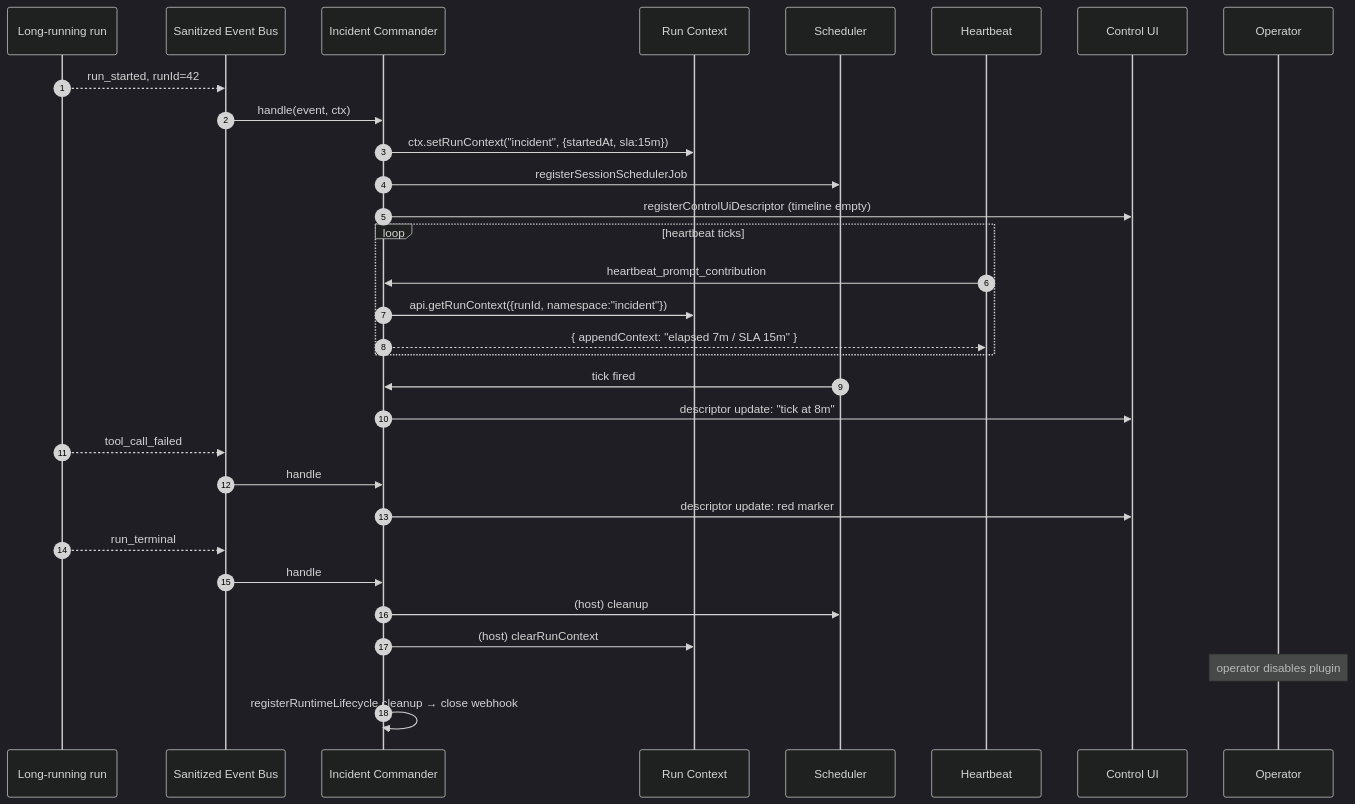
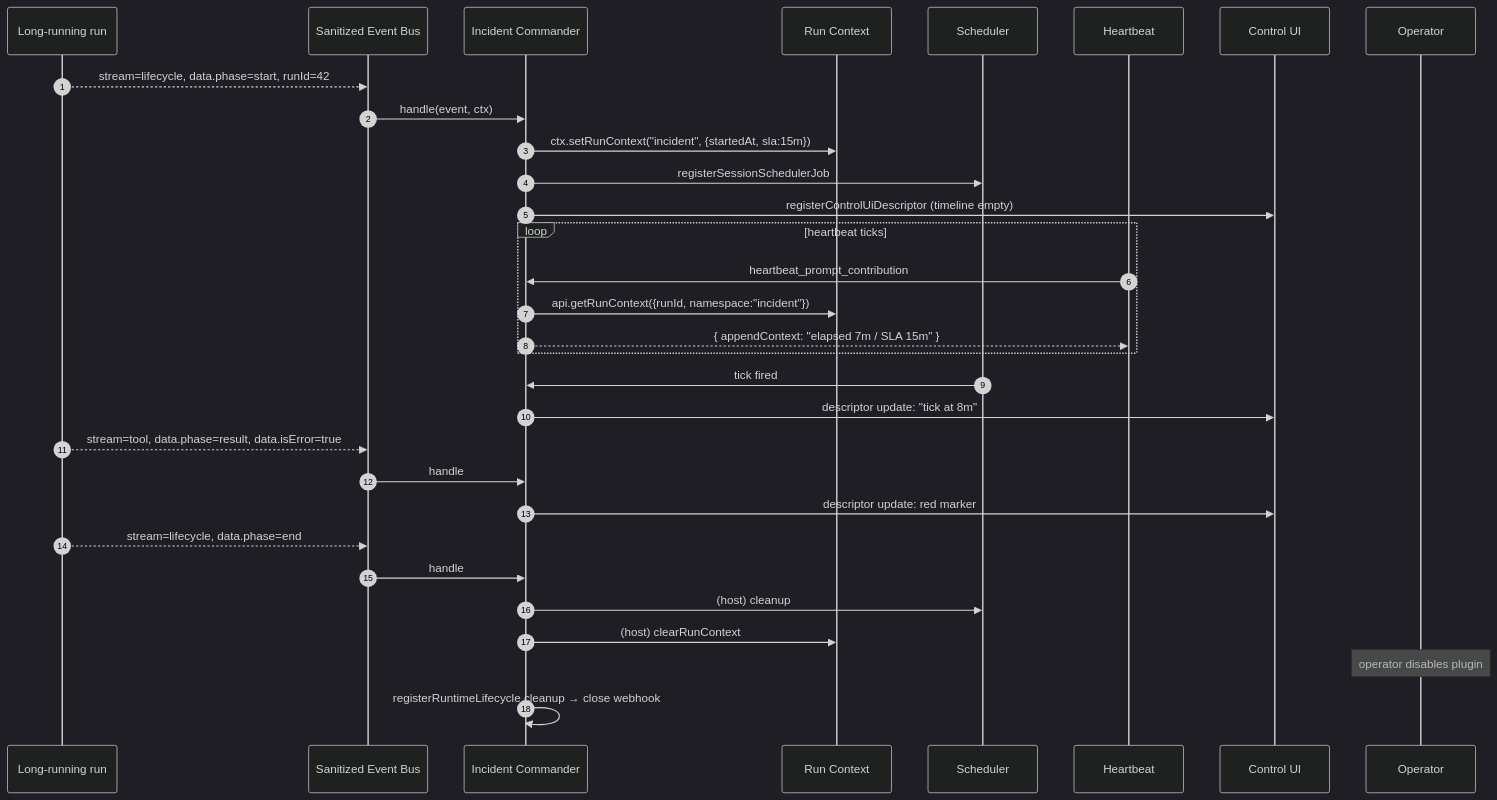
Before and after one commit to openclaw/openclaw: diagram 20 of 23 in docs/plugins/host-hooks-examples.md, drawn with Mermaid (dark theme). The commit also changed other lines of this file, not shown here.

````diff
--- a/docs/plugins/host-hooks-examples.md
+++ b/docs/plugins/host-hooks-examples.md
@@ -1994,38 +2012,38 @@
 ```mermaid
 sequenceDiagram
   autonumber
   participant Run as Long-running run
   participant Ev as Sanitized Event Bus
   participant IC as Incident Commander
   participant Ctx as Run Context
   participant Sched as Scheduler
   participant HB as Heartbeat
   participant UI as Control UI
   participant Op as Operator
 
-  Run-->>Ev: run_started, runId=42
+  Run-->>Ev: stream=lifecycle, data.phase=start, runId=42
   Ev->>IC: handle(event, ctx)
   IC->>Ctx: ctx.setRunContext("incident", {startedAt, sla:15m})
   IC->>Sched: registerSessionSchedulerJob
   IC->>UI: registerControlUiDescriptor (timeline empty)
 
   loop heartbeat ticks
     HB->>IC: heartbeat_prompt_contribution
     IC->>Ctx: api.getRunContext({runId, namespace:"incident"})
     IC-->>HB: { appendContext: "elapsed 7m / SLA 15m" }
   end
 
   Sched->>IC: tick fired
   IC->>UI: descriptor update: "tick at 8m"
 
-  Run-->>Ev: tool_call_failed
+  Run-->>Ev: stream=tool, data.phase=result, data.isError=true
   Ev->>IC: handle
   IC->>UI: descriptor update: red marker
 
-  Run-->>Ev: run_terminal
+  Run-->>Ev: stream=lifecycle, data.phase=end
   Ev->>IC: handle
   IC->>Sched: (host) cleanup
   IC->>Ctx: (host) clearRunContext
   Note over Op: operator disables plugin
   IC->>IC: registerRuntimeLifecycle.cleanup → close webhook
 ```
````
